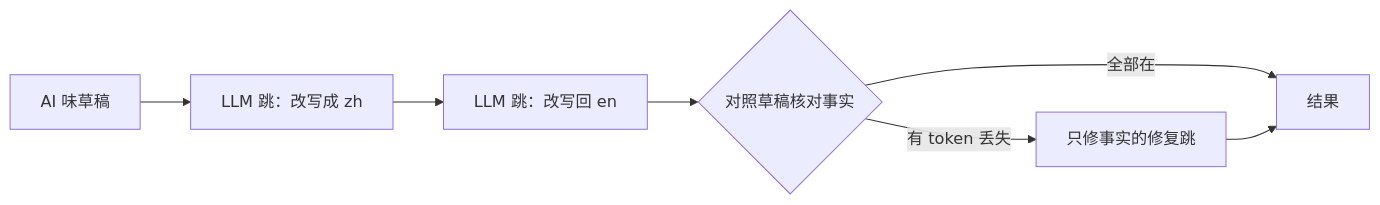
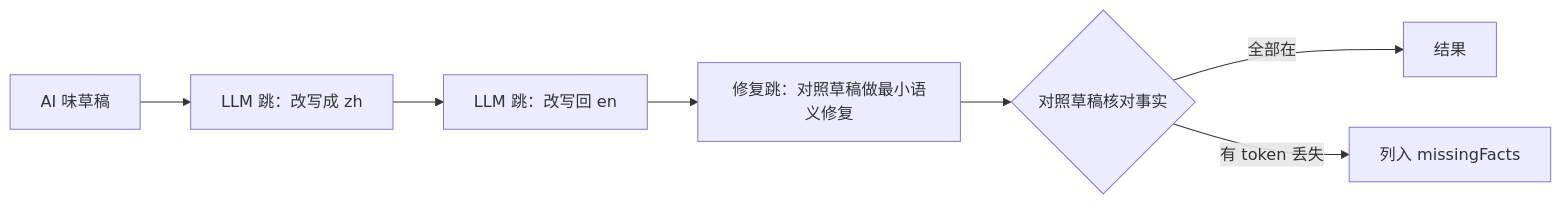
The diagram in README.zh-cn.md (w21180239/not-a-bot), drawn with Mermaid before and after one commit. The commit also changed other lines of this file and 25 other files, not shown here.

````diff
--- a/README.zh-cn.md
+++ b/README.zh-cn.md
@@ -119,9 +120,9 @@
 ```mermaid
 flowchart LR
     A[AI 味草稿] --> B[LLM 跳：改写成 zh]
     B --> C[LLM 跳：改写回 en]
-    C --> D{对照草稿核对事实}
-    D -->|有 token 丢失| E[只修事实的修复跳]
-    D -->|全部在| F[结果]
-    E --> F
+    C --> D[修复跳：对照草稿做最小语义修复]
+    D --> E{对照草稿核对事实}
+    E -->|全部在| F[结果]
+    E -->|有 token 丢失| G[列入 missingFacts]
 ```
````
